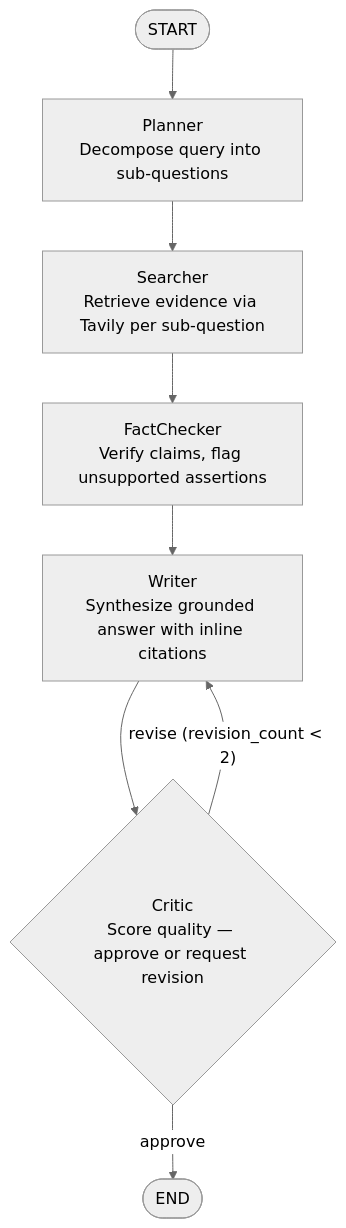
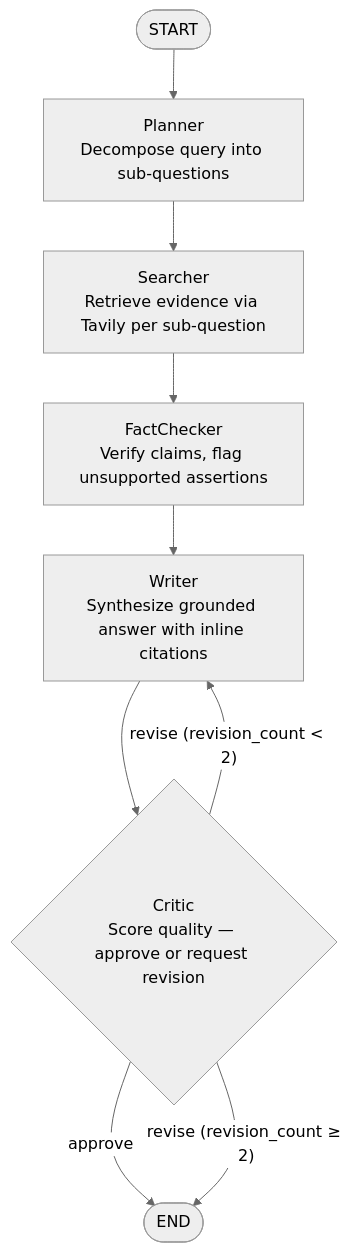
The second of 2 diagrams in docs/architecture.md (Rajshekar2003/agentic-research-assistant), drawn with Mermaid (neutral theme) before and after one commit. The commit also changed other lines of this file and 2 other files, not shown here.

Commit message:
docs: Week 2 retrospective + architecture diagram refresh (Week 2 Day 14)

````diff
--- a/docs/architecture.md
+++ b/docs/architecture.md
@@ -50,11 +52,12 @@
 ```mermaid
 flowchart TD
     S([START]) --> Planner
     Planner["Planner\nDecompose query into sub-questions"] --> Searcher
     Searcher["Searcher\nRetrieve evidence via Tavily per sub-question"] --> FactChecker
     FactChecker["FactChecker\nVerify claims, flag unsupported assertions"] --> Writer
     Writer["Writer\nSynthesize grounded answer with inline citations"] --> Critic
     Critic{"Critic\nScore quality — approve or request revision"}
     Critic -->|"approve"| E([END])
     Critic -->|"revise (revision_count < 2)"| Writer
+    Critic -->|"revise (revision_count ≥ 2)"| E
 ```
````
